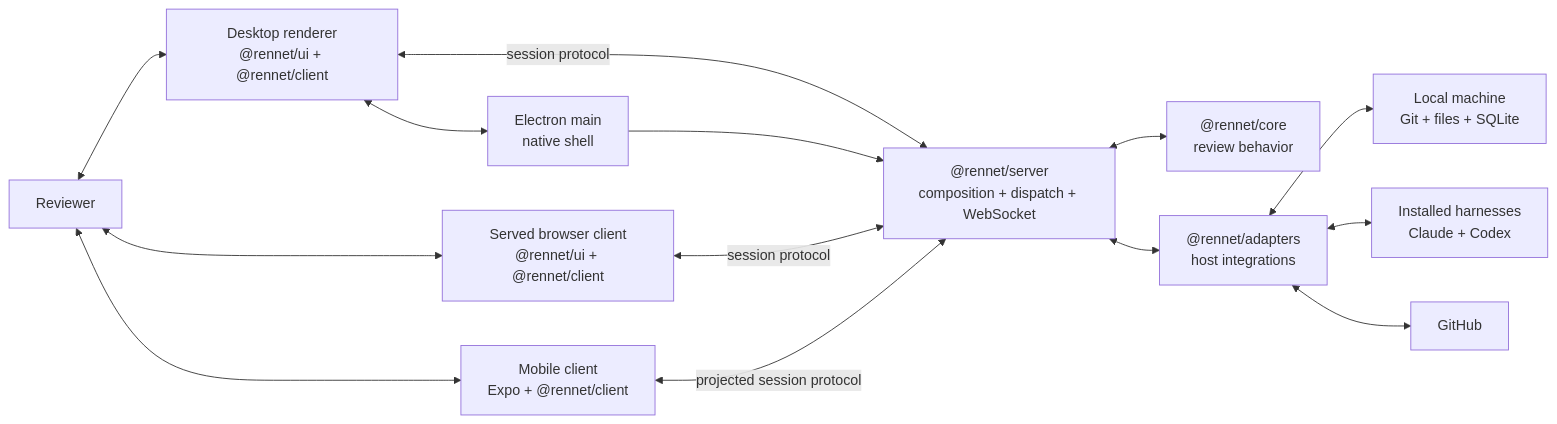
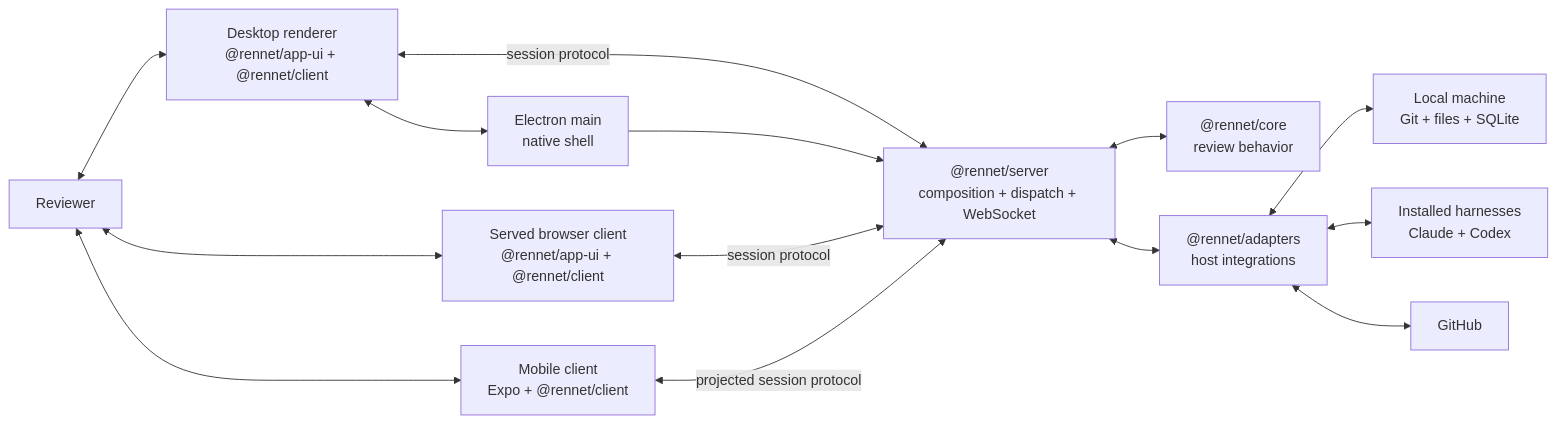
Before and after one commit to rbutera/Rennet: the first of 2 diagrams in docs/developing/concepts/architecture-overview.md, drawn with Mermaid. The commit also changed other lines of this file and 28 other files, not shown here.

````diff
--- a/docs/developing/concepts/architecture-overview.md
+++ b/docs/developing/concepts/architecture-overview.md
@@ -18,28 +18,28 @@
 ```mermaid
 flowchart LR
   reviewer[Reviewer]
-  desktop["Desktop renderer<br/>@rennet/ui + @rennet/client"]
-  browser["Served browser client<br/>@rennet/ui + @rennet/client"]
+  desktop["Desktop renderer<br/>@rennet/app-ui + @rennet/client"]
+  browser["Served browser client<br/>@rennet/app-ui + @rennet/client"]
   mobile["Mobile client<br/>Expo + @rennet/client"]
   shell["Electron main<br/>native shell"]
   server["@rennet/server<br/>composition + dispatch + WebSocket"]
   core["@rennet/core<br/>review behavior"]
   adapters["@rennet/adapters<br/>host integrations"]
   machine["Local machine<br/>Git + files + SQLite"]
   harnesses["Installed harnesses<br/>Claude + Codex"]
   github[GitHub]
 
   reviewer <--> desktop
   reviewer <--> browser
   reviewer <--> mobile
   desktop <-->|"session protocol"| server
   browser <-->|"session protocol"| server
   mobile <-->|"projected session protocol"| server
   desktop <--> shell
   shell --> server
   server <--> core
   server <--> adapters
   adapters <--> machine
   adapters <--> harnesses
   adapters <--> github
 ```
````
